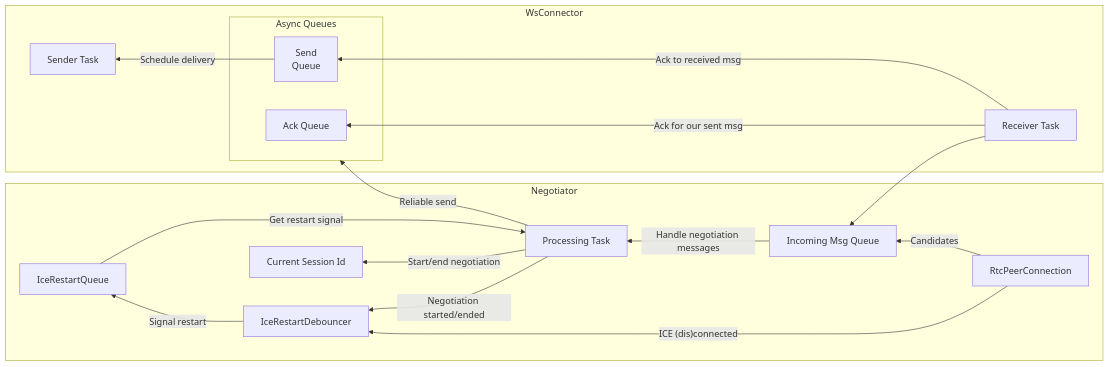
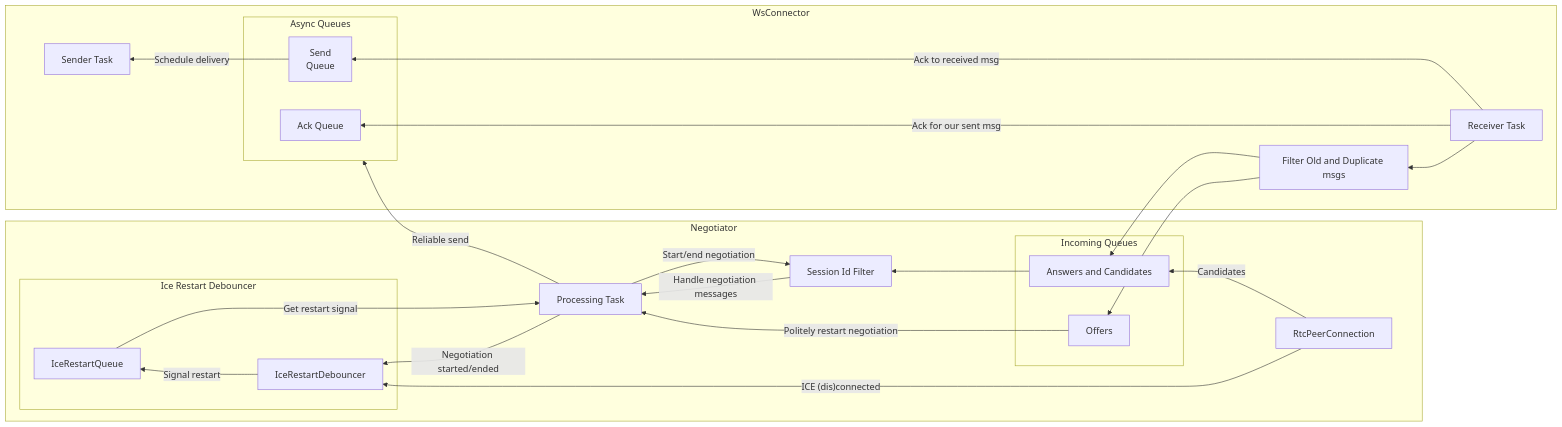
Before and after one commit to vk-swd/vamp: the fourth of 5 diagrams in src-tauri/rtc/memo.md, drawn with Mermaid. The commit also changed other lines of this file and 3 other files, not shown here.

Commit message:
updated negotiator schema and started using typescript for pseudocode, finished wsconnector and started implementing negotiation controller

````diff
--- a/src-tauri/rtc/memo.md
+++ b/src-tauri/rtc/memo.md
@@ -144,37 +144,47 @@
 ```mermaid
 flowchart RL
     subgraph Block1["Negotiator"]
-        A1["Incoming Msg Queue"]
-        A11["IceRestartQueue"]
+        subgraph IQ["Incoming Queues"]
+            A1["Answers and Candidates"]
+            A12["Offers"]
+        end
         A2["Processing Task"]
-        A22["IceRestartDebouncer"]
-        A3["Current Session Id"]
+        subgraph Db["Ice Restart Debouncer"]
+            A11["IceRestartQueue"]
+            A22["IceRestartDebouncer"]
+        end
+        A3["Session Id Filter"]
         A4["RtcPeerConnection"]
 
+        A12 -->|Politely restart negotiation| A2
         A4 -->|Candidates| A1
+        A1 -->A3
+        A3 -->|Handle negotiation messages| A2
         A4 -->|"ICE (dis)connected"| A22
         A2 -->|"Negotiation started/ended"| A22
         A22 -->|"Signal restart"| A11
         A11--> |"Get restart signal"| A2
-        A1 -->|Handle negotiation messages| A2
         A2 -->|Start/end negotiation| A3
     end
 
    
 
     subgraph wsc["WsConnector"]
         subgraph queues["Async Queues"]
             C1["Send<br>Queue"]
             C2["Ack Queue"]
         end
         C4["Sender Task"]
         C5["Receiver Task"]
+        C6["Filter Old and Duplicate msgs"]
         C1-->|Schedule delivery|C4
-        C5-->A1
+        C5-->C6
+        C6-->A1
+        C6 --> A12
         C5-->|Ack for our sent msg|C2
         C5-->|Ack to received msg|C1
     end
 
     A2 --> |Reliable send| queues
     
 ```
````
